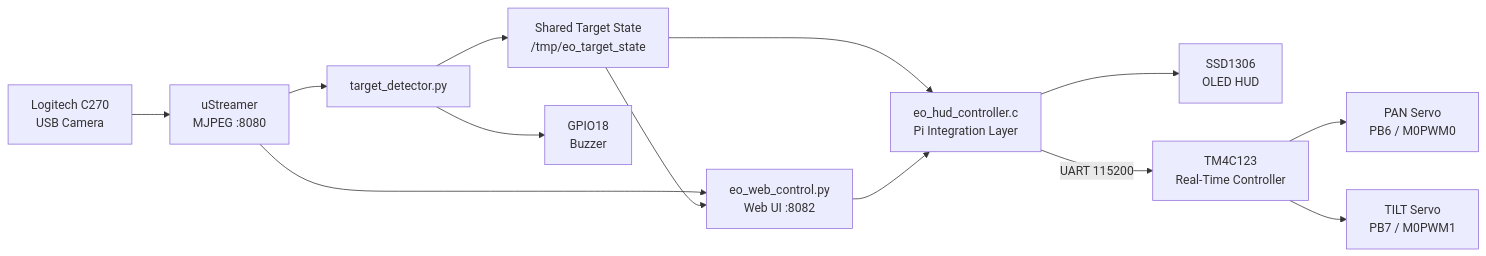
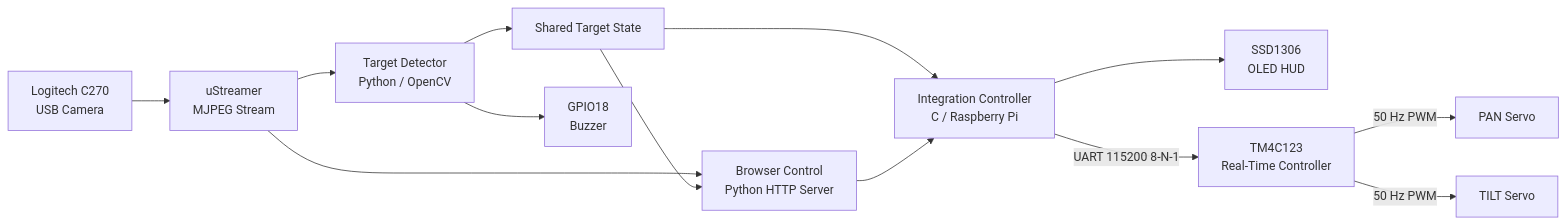
One commit to YigitalpDellal/Real-Time-Electro-Optical-Platform changed the first of 3 diagrams in README.md. Above: the diagram before and after it, drawn with Mermaid. The commit also changed other lines of this file, not shown here.

````diff
--- a/README.md
+++ b/README.md
@@ -90,27 +175,31 @@
 ```mermaid
 flowchart LR
     CAM["Logitech C270<br/>USB Camera"]
-    STREAM["uStreamer<br/>MJPEG :8080"]
-    DET["target_detector.py"]
-    WEB["eo_web_control.py<br/>Web UI :8082"]
-    STATE["Shared Target State<br/>/tmp/eo_target_state"]
-    CTRL["eo_hud_controller.c<br/>Pi Integration Layer"]
+    STREAM["uStreamer<br/>MJPEG Stream"]
+    DET["Target Detector<br/>Python / OpenCV"]
+    STATE["Shared Target State"]
+    WEB["Browser Control<br/>Python HTTP Server"]
+    CTRL["Integration Controller<br/>C / Raspberry Pi"]
     OLED["SSD1306<br/>OLED HUD"]
     BUZZ["GPIO18<br/>Buzzer"]
     MCU["TM4C123<br/>Real-Time Controller"]
-    PAN["PAN Servo<br/>PB6 / M0PWM0"]
-    TILT["TILT Servo<br/>PB7 / M0PWM1"]
+    PAN["PAN Servo"]
+    TILT["TILT Servo"]
 
     CAM --> STREAM
     STREAM --> DET
     STREAM --> WEB
+
     DET --> STATE
+    DET --> BUZZ
+
     STATE --> WEB
     STATE --> CTRL
-    DET --> BUZZ
+
     WEB --> CTRL
     CTRL --> OLED
-    CTRL -->|"UART 115200"| MCU
-    MCU --> PAN
-    MCU --> TILT
+    CTRL -->|"UART 115200 8-N-1"| MCU
+
+    MCU -->|"50 Hz PWM"| PAN
+    MCU -->|"50 Hz PWM"| TILT
 ```
````
